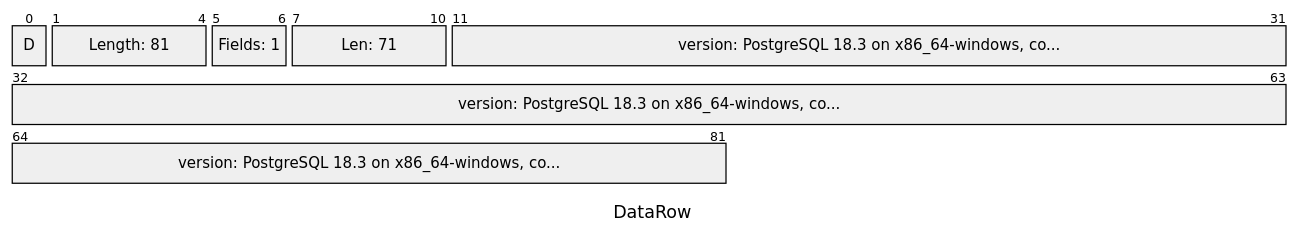
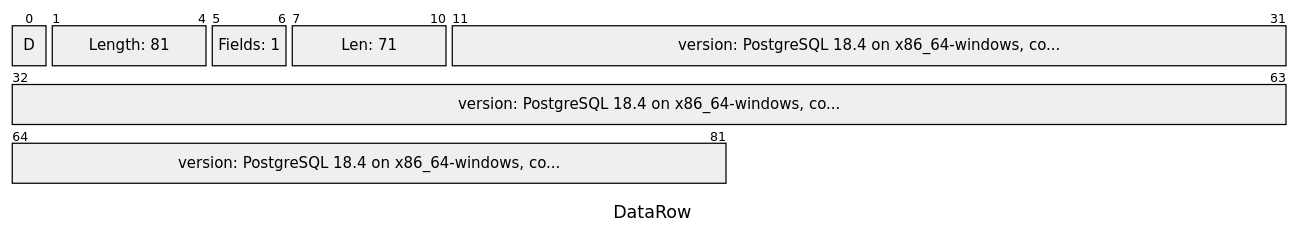
One commit to xfischer/pg_protoexport changed diagram 15 of 26 in docs/examples/exports/pagila-00-startup-handshake-startup-authentication-parameterstatus-readyforquery/capture.mermaid.pkt.md. Above: the diagram before and after it, drawn with Mermaid (neutral theme). The commit also changed other lines of this file and 135 other files, not shown here.

````diff
--- a/docs/examples/exports/pagila-00-startup-handshake-startup-authentication-parameterstatus-readyforquery/capture.mermaid.pkt.md
+++ b/docs/examples/exports/pagila-00-startup-handshake-startup-authentication-parameterstatus-readyforquery/capture.mermaid.pkt.md
@@ -241,14 +241,14 @@
 ```mermaid
 ---
 title: "DataRow"
 config:
   packet:
     bitsPerRow: 32
 ---
 packet
     +1: "D"
     +4: "Length: 81"
     +2: "Fields: 1"
     +4: "Len: 71"
-    +71: "version: PostgreSQL 18.3 on x86_64-windows, co..."
+    +71: "version: PostgreSQL 18.4 on x86_64-windows, co..."
 ```
````
